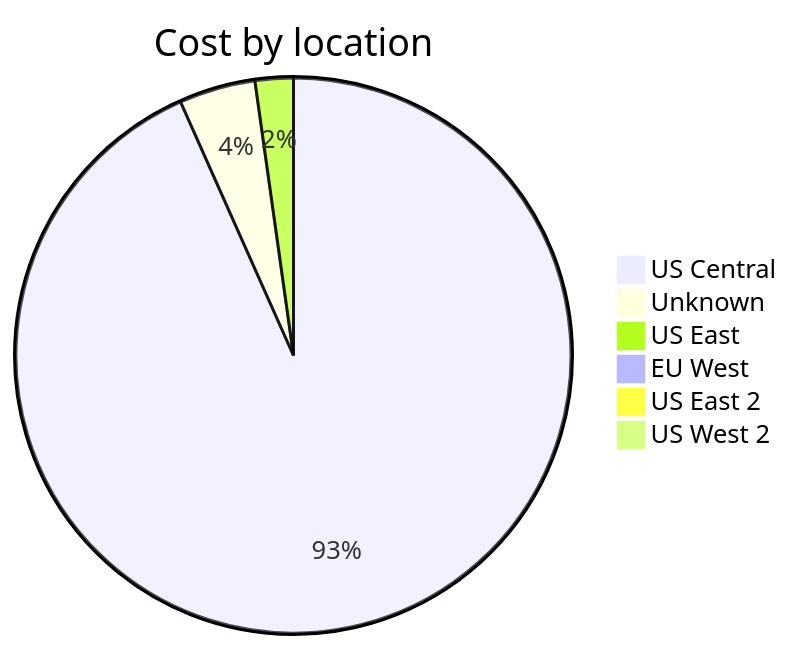
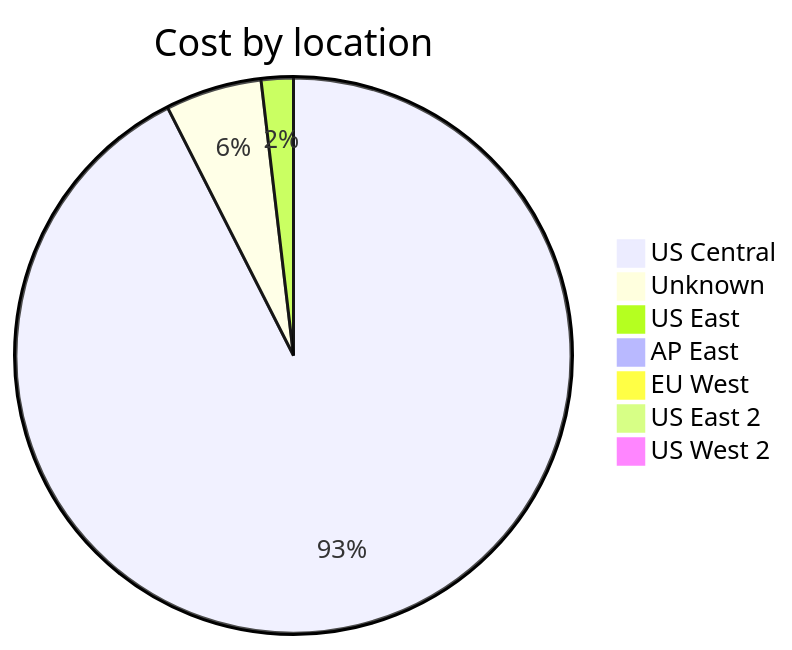
One commit to jpfulton/azure-personal-reports changed the third of 4 diagrams in cost-reports/accumulated-cost.md. Above: the diagram before and after it, drawn with Mermaid. The commit also changed other lines of this file and 4 other files, not shown here.

````diff
--- a/cost-reports/accumulated-cost.md
+++ b/cost-reports/accumulated-cost.md
@@ -120,10 +123,11 @@
 ```mermaid
 pie
    title Cost by location
-   "US Central" : 0.42
-   "Unknown" : 0.02
-   "US East" : 0.01
+   "US Central" : 0.99
+   "Unknown" : 0.06
+   "US East" : 0.02
+   "AP East" : 0.00
    "EU West" : 0.00
    "US East 2" : 0.00
    "US West 2" : 0.00
 ```
````
